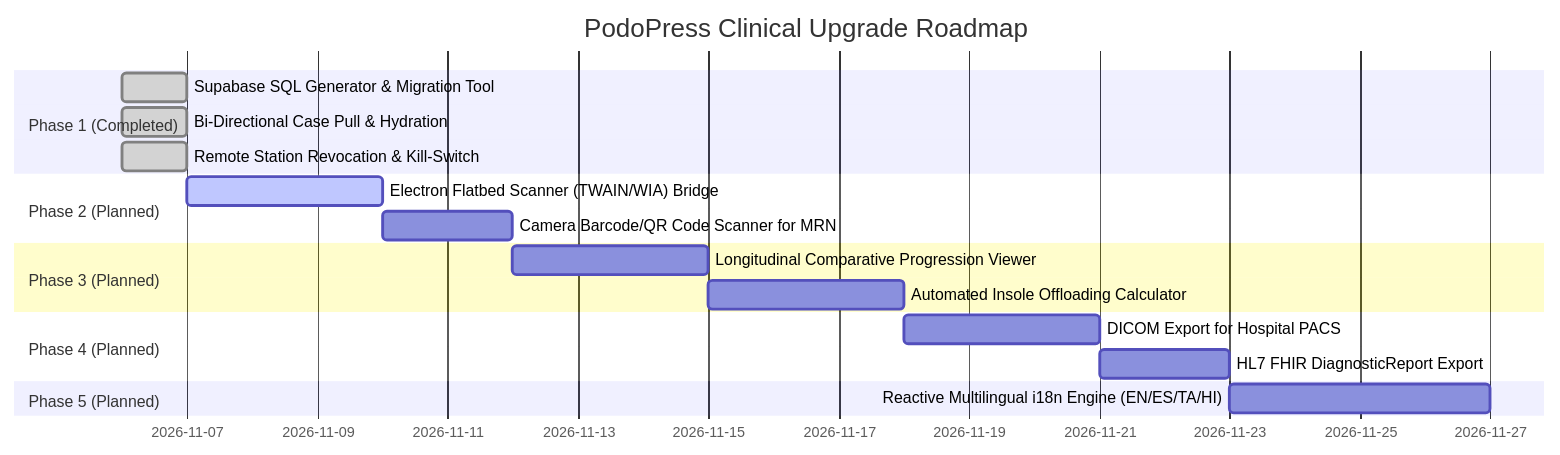
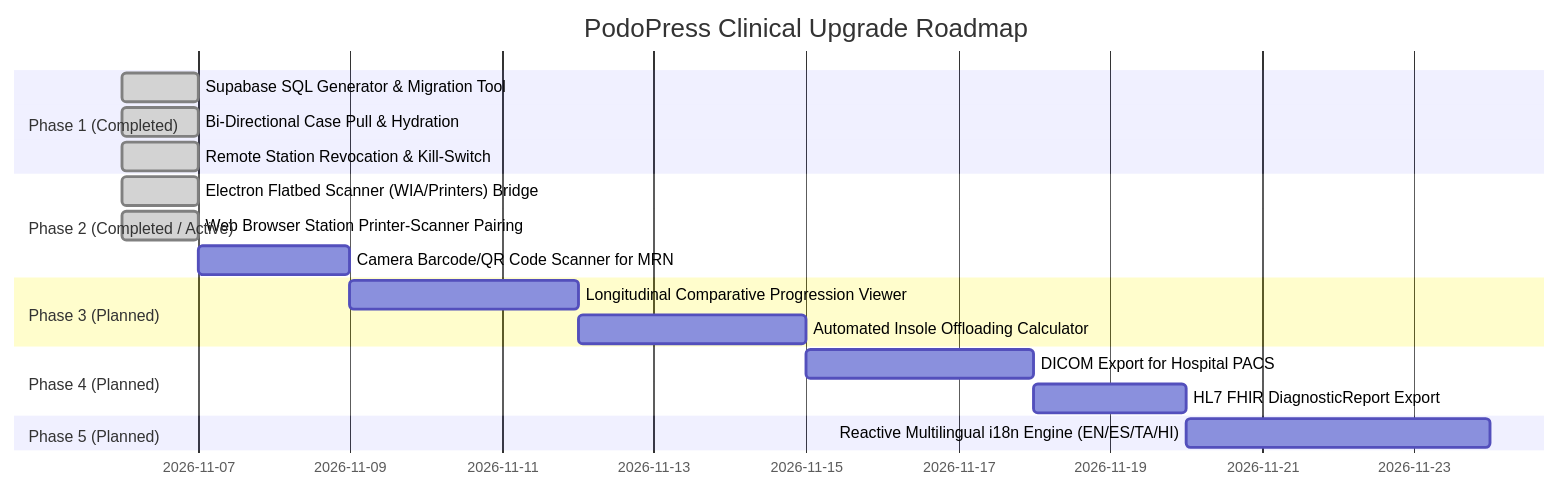
The second of 2 diagrams in SYSTEM_ARCHITECTURE_AND_OPERATIONS_MANUAL.md (pearlraja30/plantar-pressure), drawn with Mermaid before and after one commit. The commit also changed other lines of this file and 13 other files, not shown here.

Commit message:
fix(scanner): implement Windows WIA hardware scanner automation and web browser station pairing (v1.0.58)

````diff
--- a/SYSTEM_ARCHITECTURE_AND_OPERATIONS_MANUAL.md
+++ b/SYSTEM_ARCHITECTURE_AND_OPERATIONS_MANUAL.md
@@ -414,20 +414,21 @@
 ```mermaid
 gantt
     title PodoPress Clinical Upgrade Roadmap
     dateFormat  YYYY-MM-DD
     section Phase 1 (Completed)
     Supabase SQL Generator & Migration Tool       :done, p1_1, 2026-11-06, 1d
     Bi-Directional Case Pull & Hydration           :done, p1_2, 2026-11-06, 1d
     Remote Station Revocation & Kill-Switch       :done, p1_3, 2026-11-06, 1d
-    section Phase 2 (Planned)
-    Electron Flatbed Scanner (TWAIN/WIA) Bridge   :active, p2_1, 2026-11-07, 3d
-    Camera Barcode/QR Code Scanner for MRN        :p2_2, after p2_1, 2d
+    section Phase 2 (Completed / Active)
+    Electron Flatbed Scanner (WIA/Printers) Bridge:done, p2_1, 2026-11-06, 1d
+    Web Browser Station Printer-Scanner Pairing   :done, p2_1b, 2026-11-06, 1d
+    Camera Barcode/QR Code Scanner for MRN        :p2_2, 2026-11-07, 2d
     section Phase 3 (Planned)
     Longitudinal Comparative Progression Viewer    :p3_1, after p2_2, 3d
     Automated Insole Offloading Calculator        :p3_2, after p3_1, 3d
     section Phase 4 (Planned)
     DICOM Export for Hospital PACS                :p4_1, after p3_2, 3d
     HL7 FHIR DiagnosticReport Export              :p4_2, after p4_1, 2d
     section Phase 5 (Planned)
     Reactive Multilingual i18n Engine (EN/ES/TA/HI):p5_1, after p4_2, 4d
 ```
````
